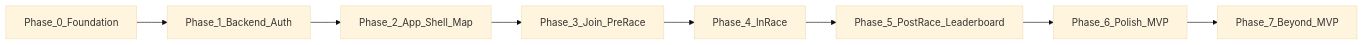
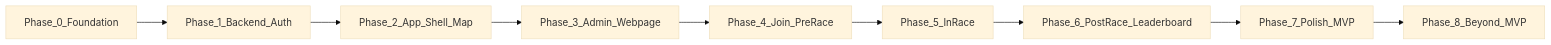
The diagram in Grandline_Phases.md (ejmdenham/Grandline_Cursor_MVP), drawn with Mermaid (base theme) before and after one commit. The commit also changed other lines of this file and 1 other file, not shown here.

Commit message:
phase plan update

````diff
--- a/Grandline_Phases.md
+++ b/Grandline_Phases.md
@@ -195,10 +214,11 @@
 ```mermaid
 flowchart LR
   P0[Phase_0_Foundation] --> P1[Phase_1_Backend_Auth]
   P1 --> P2[Phase_2_App_Shell_Map]
-  P2 --> P3[Phase_3_Join_PreRace]
-  P3 --> P4[Phase_4_InRace]
-  P4 --> P5[Phase_5_PostRace_Leaderboard]
-  P5 --> P6[Phase_6_Polish_MVP]
-  P6 --> P7[Phase_7_Beyond_MVP]
+  P2 --> P3[Phase_3_Admin_Webpage]
+  P3 --> P4[Phase_4_Join_PreRace]
+  P4 --> P5[Phase_5_InRace]
+  P5 --> P6[Phase_6_PostRace_Leaderboard]
+  P6 --> P7[Phase_7_Polish_MVP]
+  P7 --> P8[Phase_8_Beyond_MVP]
 ```
````
